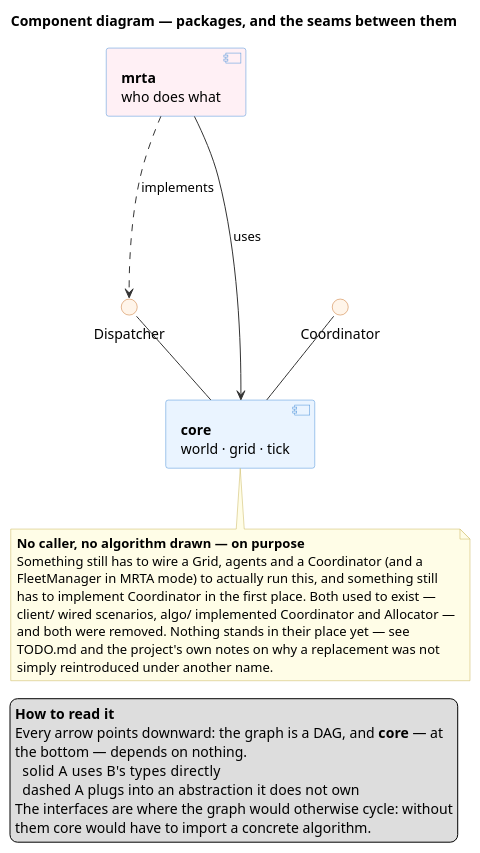
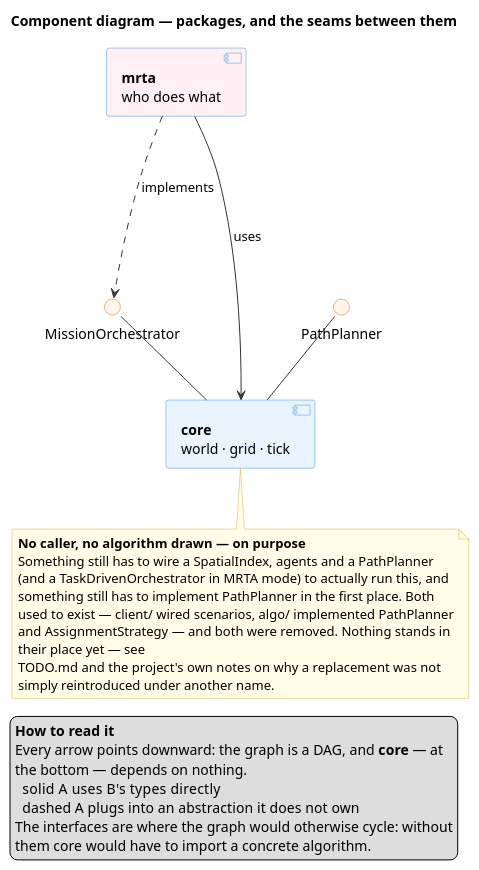
One commit to RasdaCorentin/MAPF_Simulation changed the diagram in diagrammes/component_diagram.puml. Above: the diagram before and after it, drawn with PlantUML. The commit also changed 5 other files, not shown here.

First line of the commit message:
docs(diagrams): catch up the diagrams with the renaming proposal

```diff
--- a/diagrammes/component_diagram.puml
+++ b/diagrammes/component_diagram.puml
@@ -1,85 +1,86 @@
 @startuml component_diagram
 
 ' =====================================================================
 '  COMPONENT VIEW — the 30-second read of the architecture.
 '
 '  Derived from Class_Diagram/class_diag_commented.puml, which stays the
 '  reference: this diagram adds nothing, it only drops everything that
 '  is not a package boundary or a seam between two packages.
 '
 '  What it is FOR: showing that the dependency graph is a DAG, and that
-'  the two engine seams (Coordinator, Dispatcher) are what keep it one.
+'  the two engine seams (PathPlanner, MissionOrchestrator) are what keep it one.
 '  Every arrow points DOWN, towards something more abstract or more
 '  foundational — that is the whole design in one picture.
 '
 '  What it deliberately does NOT show: classes, methods, multiplicities.
 '  There is currently nothing above mrta, and mrta itself has nothing
 '  implementing its two seams: the scripting layer (client/), the
 '  measurement layer built on it (report/), and the concrete algorithm
 '  layer (algo/) were all removed, and nothing has replaced any of them
 '  yet — see TODO.md.
 '
 '  LAYOUT: every edge carries an explicit direction and the components
 '  are declared top-down in reading order. Without that, dot lays the
 '  graph out by edge cost alone and the picture ends up contradicting
 '  the legend that tells you to read it downward.
 ' =====================================================================
 
 title Component diagram — packages, and the seams between them
 
 skinparam componentStyle uml2
 skinparam ArrowColor #333333
 skinparam ComponentBorderColor #4A90D9
 skinparam InterfaceBorderColor #C9722A
 skinparam InterfaceBackgroundColor #FFF5EA
 skinparam NoteBackgroundColor #FFFDE7
 skinparam NoteBorderColor #C9B458
 
 ' ── Layer 1 — the domain layer ─────────────────────────────────────
 component "**mrta**\nwho does what" as mrta #FFF0F5
 
 ' ── Layer 2 — the engine seams, declared by core ──────────────────
-interface "Coordinator" as ICoord
-interface "Dispatcher" as IDisp
+interface "PathPlanner" as ICoord
+interface "MissionOrchestrator" as IDisp
 
 ' ── Layer 3 — the foundation ──────────────────────────────────────
 component "**core**\nworld · grid · tick" as core #EAF4FF
 
 ' =====================================================================
 '  Relations. Solid = uses the types directly. Dashed = plugs into an
 '  abstraction it does not own.
 ' =====================================================================
 
 ' mrta plugs into the seam core declares for it. Nothing plugs into
-' Coordinator at all right now — algo/ used to, and is gone.
+' PathPlanner at all right now — algo/ used to, and is gone.
 mrta ..down.> IDisp : implements
 
 mrta -down-> core : uses
 
 ' core owns the two engine seams: it declares them and calls them,
 ' without ever knowing who implements them.
 ICoord -down- core
 IDisp  -down- core
 
 note bottom of core
   **No caller, no algorithm drawn — on purpose**
-  Something still has to wire a Grid, agents and a Coordinator (and a
-  FleetManager in MRTA mode) to actually run this, and something still
-  has to implement Coordinator in the first place. Both used to exist —
-  client/ wired scenarios, algo/ implemented Coordinator and Allocator —
-  and both were removed. Nothing stands in their place yet — see
+  Something still has to wire a SpatialIndex, agents and a PathPlanner
+  (and a TaskDrivenOrchestrator in MRTA mode) to actually run this, and
+  something still has to implement PathPlanner in the first place. Both
+  used to exist — client/ wired scenarios, algo/ implemented PathPlanner
+  and AssignmentStrategy — and both were removed. Nothing stands in
+  their place yet — see
   TODO.md and the project's own notes on why a replacement was not
   simply reintroduced under another name.
 end note
 
 legend bottom left
   **How to read it**
   Every arrow points downward: the graph is a DAG, and **core** — at
   the bottom — depends on nothing.
     solid   A uses B's types directly
     dashed  A plugs into an abstraction it does not own
   The interfaces are where the graph would otherwise cycle: without
   them core would have to import a concrete algorithm.
 end legend
 
 @enduml
```
